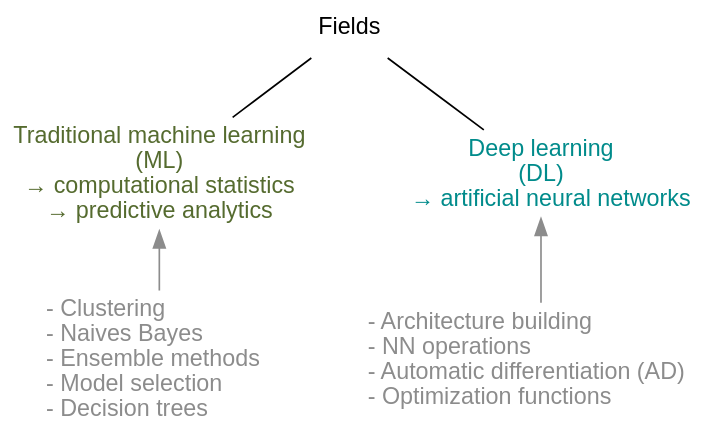
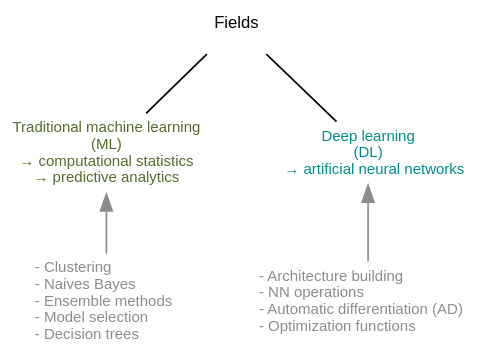
One commit to WestDRI/arc-training changed the second of 24 diagrams in ai/wb_frameworks_content.qmd. Above: the diagram before and after it, drawn with Graphviz. The commit also changed other lines of this file and 2 other files, not shown here.

````diff
--- a/ai/wb_frameworks_content.qmd
+++ b/ai/wb_frameworks_content.qmd
@@ -38,21 +39,22 @@
 ```{dot}
 //| echo: false
 
 strict digraph {
 
 bgcolor="transparent"
 node [fontname="Inconsolata, sans-serif", shape=plaintext]
 
-ml [label="Traditional machine learning\n(ML)\n→ computational statistics\n→ predictive analytics", URL="https://en.wikipedia.org/wiki/Computational_statistics", fontcolor=darkolivegreen]
-dl [label="Deep learning\n(DL)\n    → artificial neural networks", URL="https://en.wikipedia.org/wiki/Deep_learning", fontcolor=darkcyan]
+ml [label="Traditional machine learning\n(ML)\n→ computational statistics\n→ predictive analytics", URL="https://en.wikipedia.org/wiki/Computational_statistics", fontsize=9, fontcolor=darkolivegreen]
+dl [label="Deep learning\n(DL)\n    → artificial neural networks", URL="https://en.wikipedia.org/wiki/Deep_learning", fontcolor=darkcyan, fontsize=9]
+Fields[fontsize=10]
 
 Fields -> {ml dl} [dir=none]
 
-1 [label="- Clustering\l- Naives Bayes\l- Ensemble methods\l- Model selection\l- Decision trees\l", shape=plaintext, fontcolor=gray55]
-2 [label="- Architecture building\l- NN operations\l- Automatic differentiation (AD)\l- Optimization functions\l", shape=plaintext, fontcolor=gray55]
+1 [label="- Clustering\l- Naives Bayes\l- Ensemble methods\l- Model selection\l- Decision trees\l", shape=plaintext, fontcolor=gray55, fontsize=9]
+2 [label="- Architecture building\l- NN operations\l- Automatic differentiation (AD)\l- Optimization functions\l", shape=plaintext, fontcolor=gray55, fontsize=9]
 
 ml -> 1 [dir=back, color=gray55]
 dl -> 2 [dir=back, color=gray55]
 
 }
 ```
````
